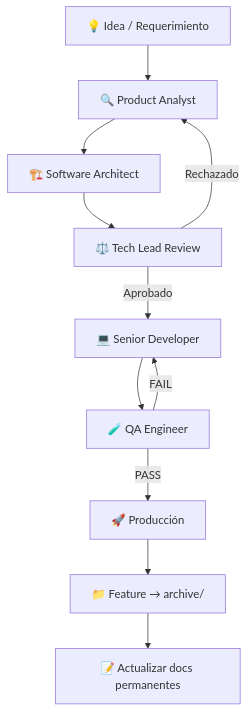
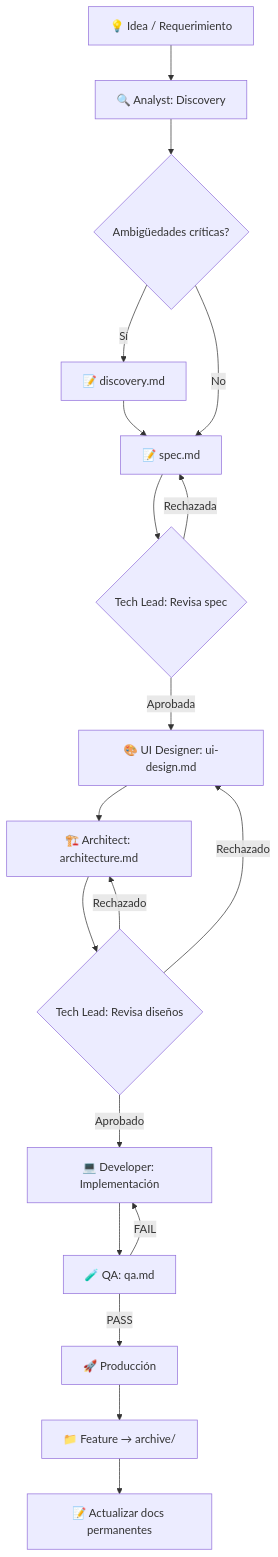
The diagram in README.md (ezequielmendoza-dev/ai-agents), drawn with Mermaid before and after one commit. The commit also changed other lines of this file and 16 other files, not shown here.

````diff
--- a/README.md
+++ b/README.md
@@ -202,13 +203,21 @@
 ```mermaid
 flowchart TD
-    A[💡 Idea / Requerimiento] --> B[🔍 Product Analyst]
-    B --> C[🏗️ Software Architect]
-    C --> D[⚖️ Tech Lead Review]
-    D -->|Aprobado| E[💻 Senior Developer]
-    D -->|Rechazado| B
-    E --> F[🧪 QA Engineer]
-    F -->|PASS| G[🚀 Producción]
-    F -->|FAIL| E
-    G --> H[📁 Feature → archive/]
-    H --> I[📝 Actualizar docs permanentes]
+    A[💡 Idea / Requerimiento] --> B[🔍 Analyst: Discovery]
+    B --> C{Ambigüedades críticas?}
+    C -->|Sí| D[📝 discovery.md]
+    C -->|No| E[📝 spec.md]
+    D --> E
+    E --> F{Tech Lead: Revisa spec}
+    F -->|Rechazada| E
+    F -->|Aprobada| G[🎨 UI Designer: ui-design.md]
+    G --> H[🏗️ Architect: architecture.md]
+    H --> I{Tech Lead: Revisa diseños}
+    I -->|Rechazado| G
+    I -->|Rechazado| H
+    I -->|Aprobado| J[💻 Developer: Implementación]
+    J --> K[🧪 QA: qa.md]
+    K -->|FAIL| J
+    K -->|PASS| L[🚀 Producción]
+    L --> M[📁 Feature → archive/]
+    M --> N[📝 Actualizar docs permanentes]
 ```
````
